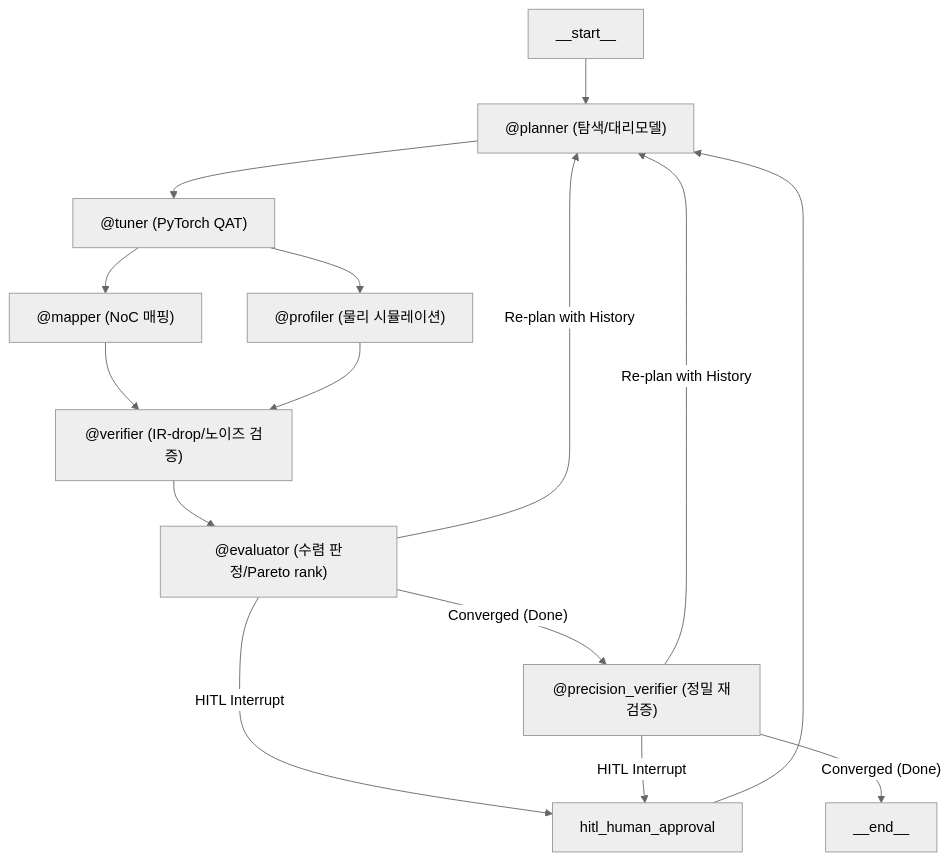
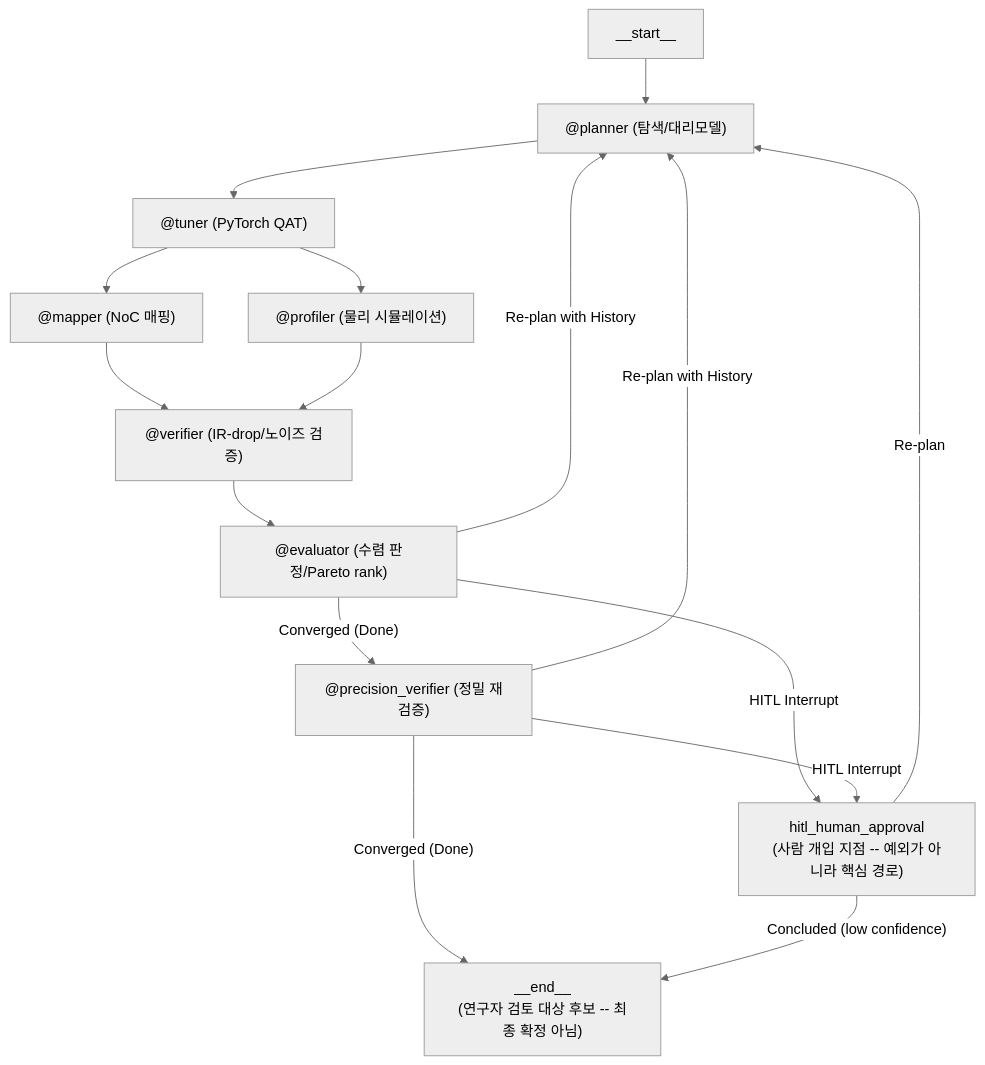
Before and after one commit to ong-labs/tessellate: the diagram in README.md, drawn with Mermaid (neutral theme). The commit also changed other lines of this file, not shown here.

Commit message:
docs: document real energy models, HITL routing, and findings

````diff
--- a/README.md
+++ b/README.md
@@ -9,23 +11,24 @@
 ```mermaid
 graph TD
     START[__start__] --> planner["@planner (탐색/대리모델)"]
     planner --> tuner["@tuner (PyTorch QAT)"]
 
     tuner --> mapper["@mapper (NoC 매핑)"]
     tuner --> profiler["@profiler (물리 시뮬레이션)"]
 
     mapper --> verifier["@verifier (IR-drop/노이즈 검증)"]
     profiler --> verifier
 
     verifier --> evaluator["@evaluator (수렴 판정/Pareto rank)"]
 
     evaluator -- "Re-plan with History" --> planner
-    evaluator -- "HITL Interrupt" --> hitl["hitl_human_approval"]
+    evaluator -- "HITL Interrupt" --> hitl["hitl_human_approval<br/>(사람 개입 지점 -- 예외가 아니라 핵심 경로)"]
     evaluator -- "Converged (Done)" --> precision["@precision_verifier (정밀 재검증)"]
 
     precision -- "Re-plan with History" --> planner
     precision -- "HITL Interrupt" --> hitl
-    precision -- "Converged (Done)" --> END[__end__]
+    precision -- "Converged (Done)" --> END["__end__<br/>(연구자 검토 대상 후보 -- 최종 확정 아님)"]
 
-    hitl --> planner
+    hitl -- "Re-plan" --> planner
+    hitl -- "Concluded (low confidence)" --> END
 ```
````
